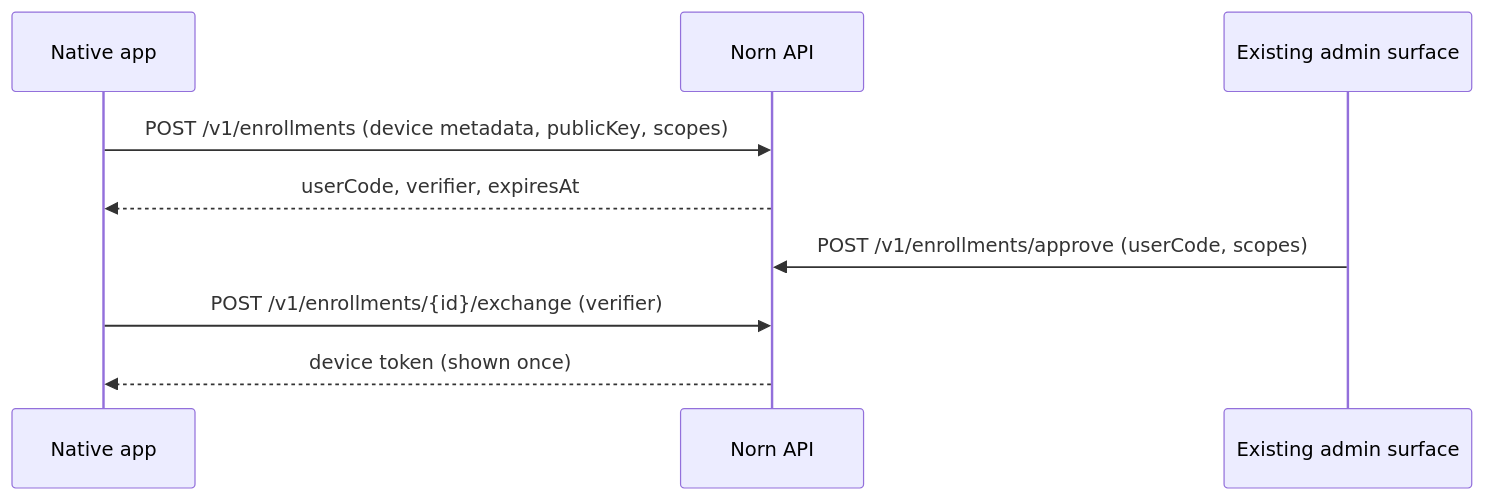
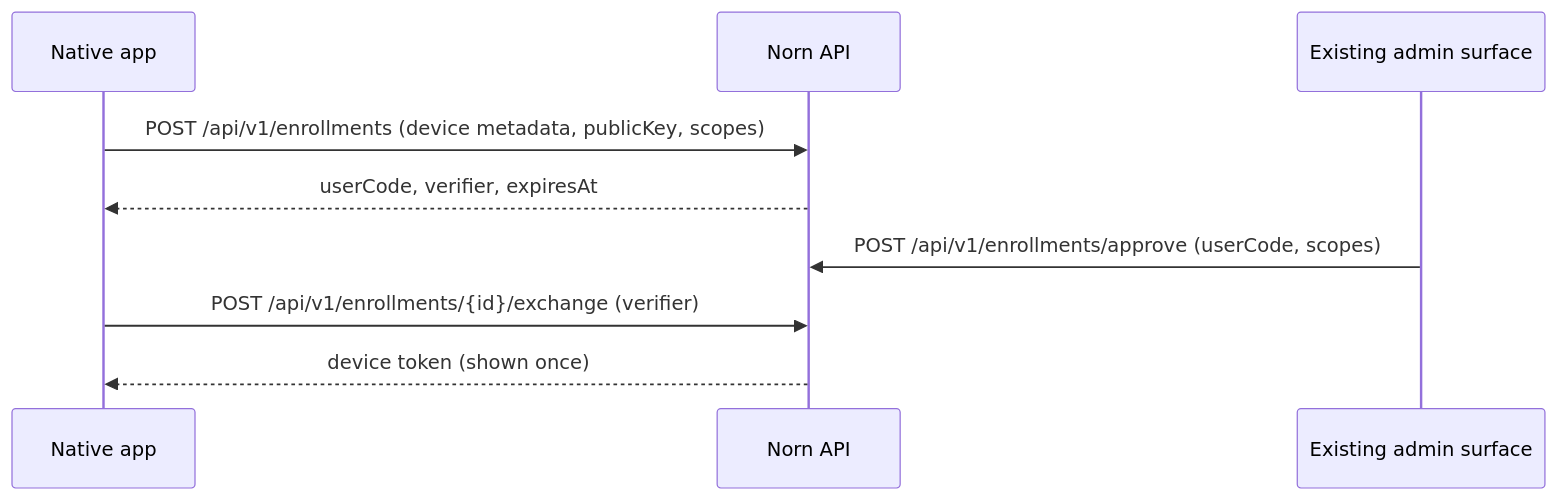
The diagram in docs/v2/architecture/control-protocol.md (antiartificial/norn), drawn with Mermaid before and after one commit. The commit also changed other lines of this file and 6 other files, not shown here.

````diff
--- a/docs/v2/architecture/control-protocol.md
+++ b/docs/v2/architecture/control-protocol.md
@@ -46,11 +46,11 @@
 ```mermaid
 sequenceDiagram
     participant App as Native app
     participant API as Norn API
     participant Admin as Existing admin surface
-    App->>API: POST /v1/enrollments (device metadata, publicKey, scopes)
+    App->>API: POST /api/v1/enrollments (device metadata, publicKey, scopes)
     API-->>App: userCode, verifier, expiresAt
-    Admin->>API: POST /v1/enrollments/approve (userCode, scopes)
-    App->>API: POST /v1/enrollments/{id}/exchange (verifier)
+    Admin->>API: POST /api/v1/enrollments/approve (userCode, scopes)
+    App->>API: POST /api/v1/enrollments/{id}/exchange (verifier)
     API-->>App: device token (shown once)
 ```
````
